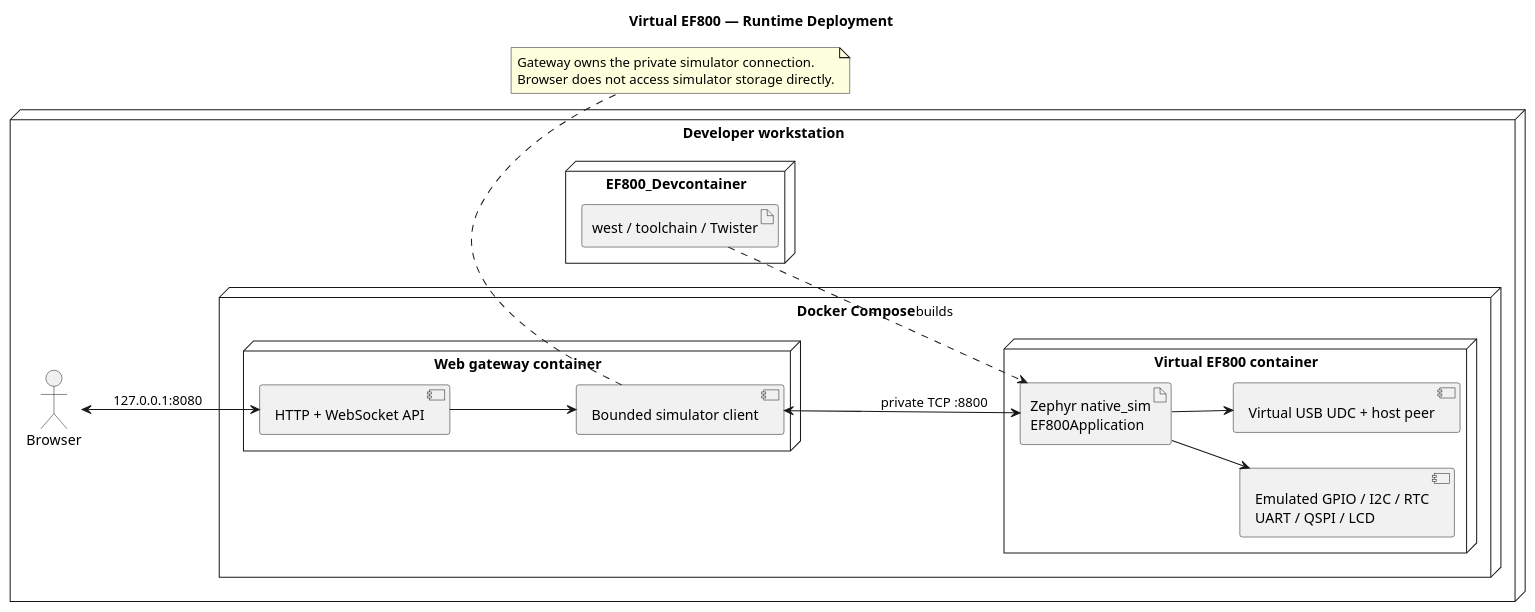
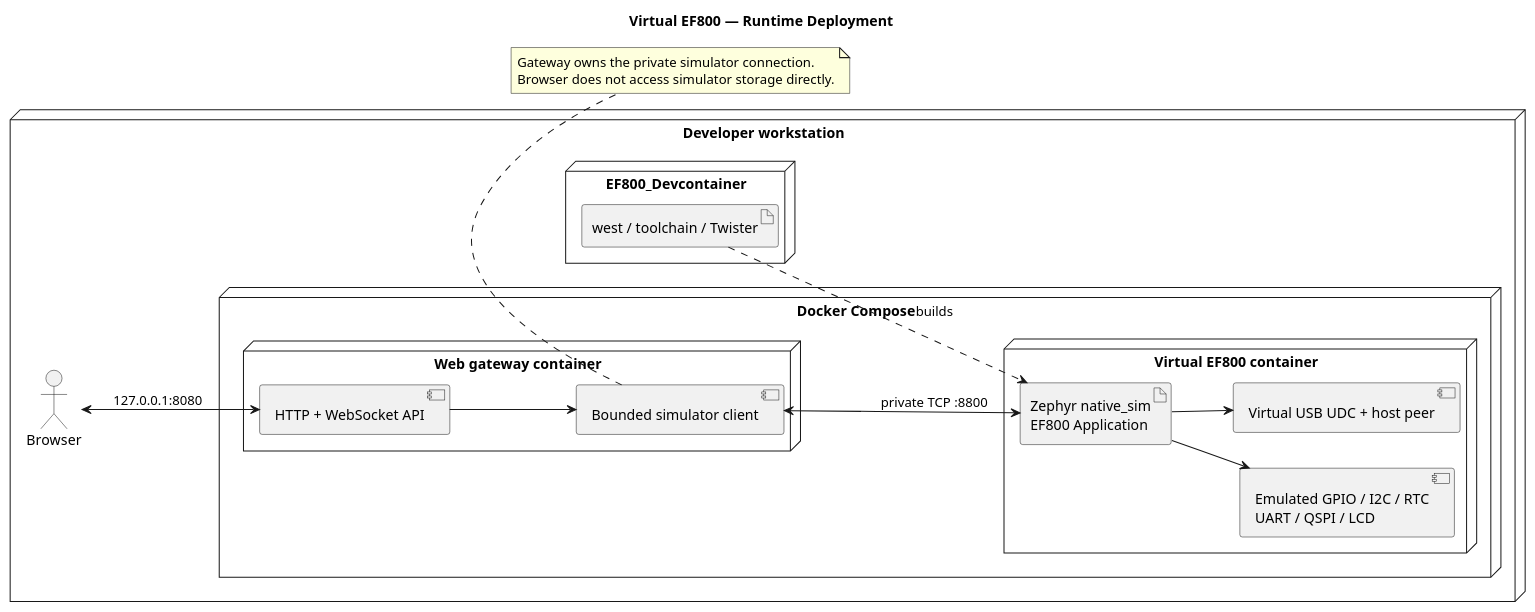
One commit to jaster-prj/EF800-Zephyr changed the diagram in architecture/diagram_as_code/07_deployment_view/virtual_ef800.puml. Above: the diagram before and after it, drawn with PlantUML. The commit also changed 294 other files, not shown here.

```diff
--- a/architecture/diagram_as_code/07_deployment_view/virtual_ef800.puml
+++ b/architecture/diagram_as_code/07_deployment_view/virtual_ef800.puml
@@ -1,33 +1,33 @@
 @startuml virtual_ef800
 title Virtual EF800 — Runtime Deployment
 left to right direction
 
 node "Developer workstation" {
   actor Browser
   node "Docker Compose" {
     node "Virtual EF800 container" as sim {
-      artifact "Zephyr native_sim\nEF800Application" as firmware
+      artifact "Zephyr native_sim\nEF800 Application" as firmware
       component "Emulated GPIO / I2C / RTC\nUART / QSPI / LCD" as emulators
       component "Virtual USB UDC + host peer" as usb
     }
     node "Web gateway container" as web {
       component "HTTP + WebSocket API" as api
       component "Bounded simulator client" as client
     }
   }
   node "EF800_Devcontainer" as dev {
     artifact "west / toolchain / Twister" as tools
   }
 }
 
 Browser <--> api : 127.0.0.1:8080
 api --> client
 client <--> firmware : private TCP :8800
 firmware --> emulators
 firmware --> usb
 tools ..> firmware : builds
 note bottom of client
   Gateway owns the private simulator connection.
   Browser does not access simulator storage directly.
 end note
 @enduml
```
